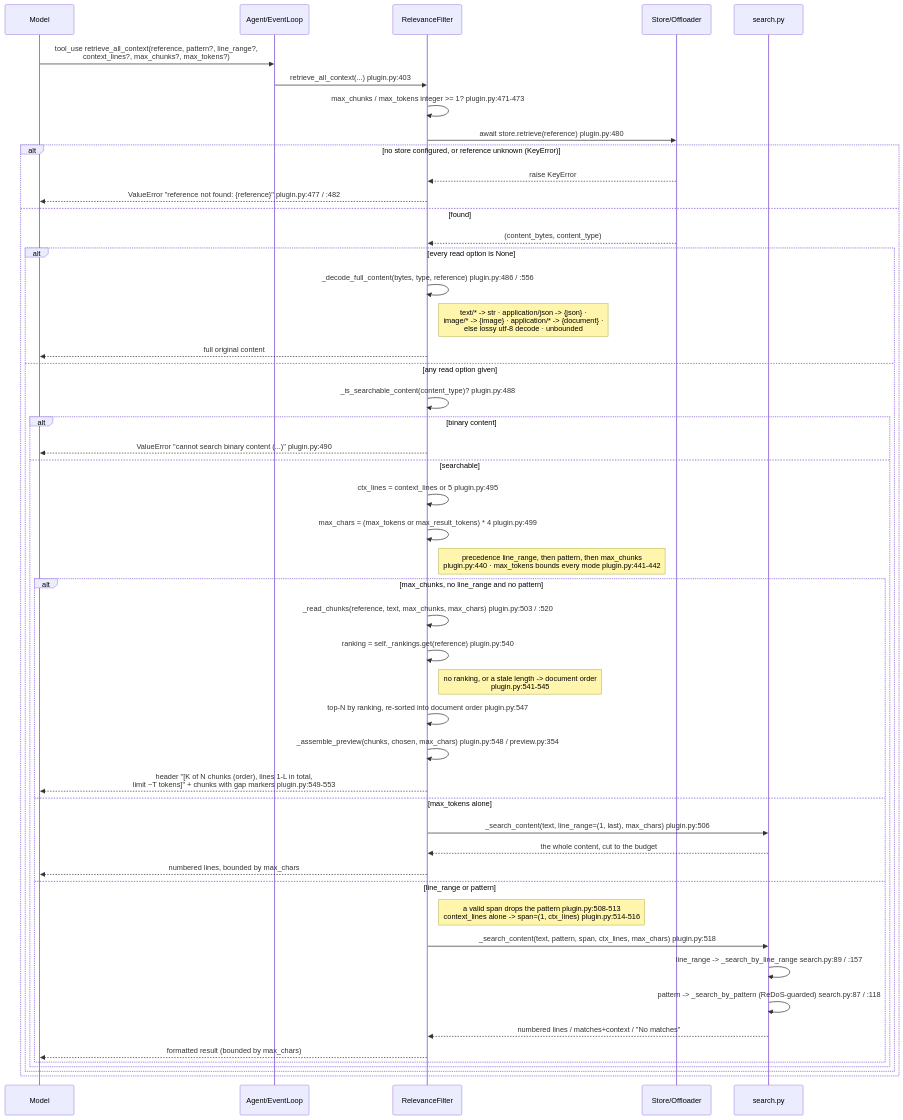
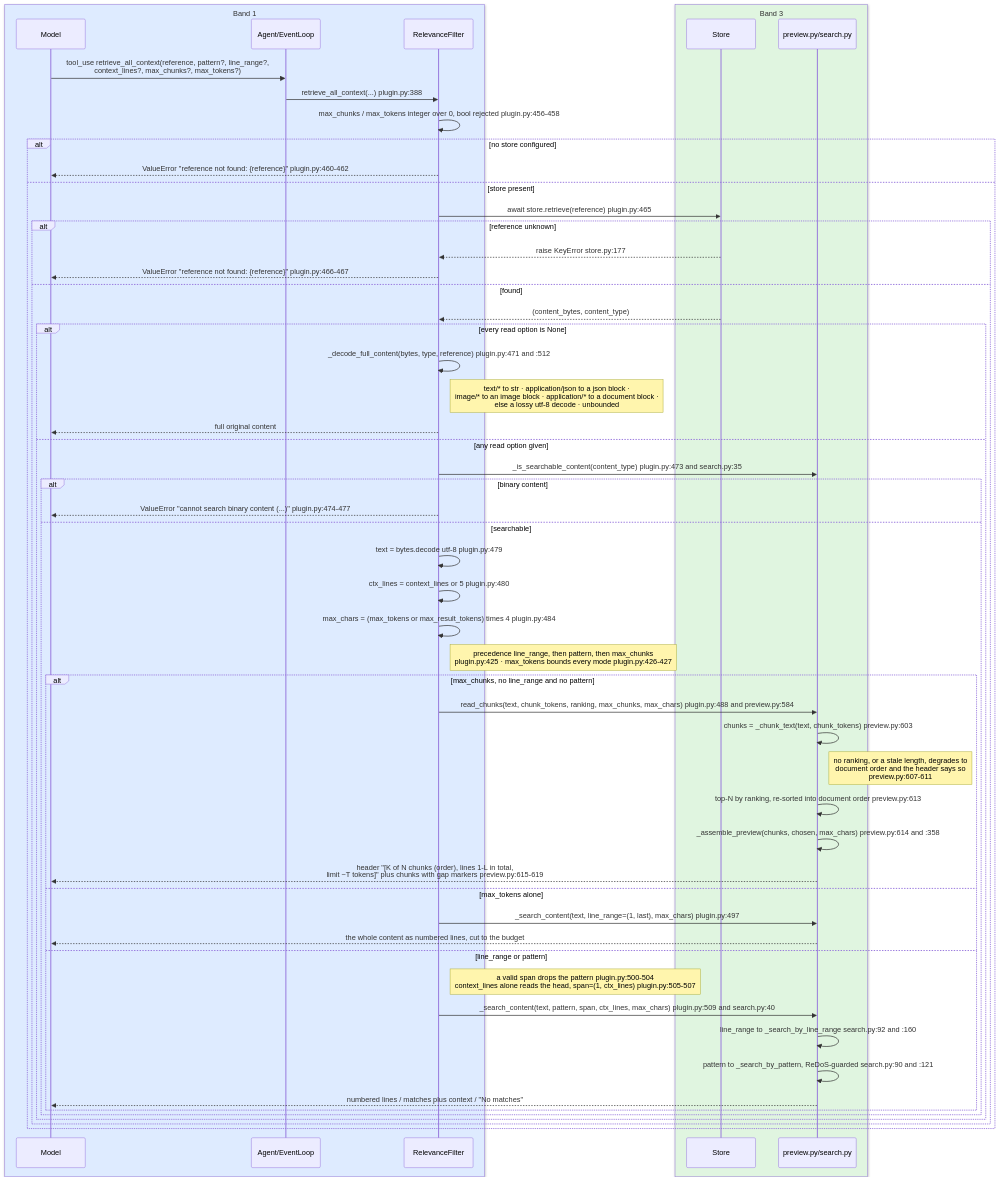
One commit to aws-samples/sample-context-engineering changed the third of 4 diagrams in docs/design/sequence/sequence-a-relevance-filtering.md. Above: the diagram before and after it, drawn with Mermaid. The commit also changed other lines of this file and 22 other files, not shown here.

````diff
--- a/docs/design/sequence/sequence-a-relevance-filtering.md
+++ b/docs/design/sequence/sequence-a-relevance-filtering.md
@@ -197,53 +289,60 @@
 ```mermaid
 sequenceDiagram
-    participant Model
-    participant Agent as Agent/EventLoop
-    participant RF as RelevanceFilter
-    participant Store as Store/Offloader
-    participant Search as search.py
+    box rgb(222,235,255) Band 1
+        participant Model
+        participant Agent as Agent/EventLoop
+        participant RF as RelevanceFilter
+    end
+    box rgb(224,245,224) Band 3
+        participant Store as Store
+        participant Core as preview.py/search.py
+    end
 
     Model->>Agent: tool_use retrieve_all_context(reference, pattern?, line_range?,<br/>context_lines?, max_chunks?, max_tokens?)
-    Agent->>RF: retrieve_all_context(...)  plugin.py:403
-    RF->>RF: max_chunks / max_tokens integer >= 1?  plugin.py:471-473
-    RF->>Store: await store.retrieve(reference)  plugin.py:480
-    alt no store configured, or reference unknown (KeyError)
-        Store-->>RF: raise KeyError
-        RF-->>Model: ValueError "reference not found: {reference}"  plugin.py:477 / :482
-    else found
-        Store-->>RF: (content_bytes, content_type)
+    Agent->>RF: retrieve_all_context(...)  plugin.py:388
+    RF->>RF: max_chunks / max_tokens integer over 0, bool rejected  plugin.py:456-458
+    alt no store configured
+        RF-->>Model: ValueError "reference not found: {reference}"  plugin.py:460-462
+    else store present
+        RF->>Store: await store.retrieve(reference)  plugin.py:465
+        alt reference unknown
+            Store-->>RF: raise KeyError  store.py:177
+            RF-->>Model: ValueError "reference not found: {reference}"  plugin.py:466-467
+        else found
+            Store-->>RF: (content_bytes, content_type)
 
-        alt every read option is None
-            RF->>RF: _decode_full_content(bytes, type, reference)  plugin.py:486 / :556
-            Note right of RF: text/* -> str · application/json -> {json} ·<br/>image/* -> {image} · application/* -> {document} ·<br/>else lossy utf-8 decode · unbounded
-            RF-->>Model: full original content
-        else any read option given
-            RF->>RF: _is_searchable_content(content_type)?  plugin.py:488
-            alt binary content
-                RF-->>Model: ValueError "cannot search binary content (...)"  plugin.py:490
-            else searchable
-                RF->>RF: ctx_lines = context_lines or 5  plugin.py:495
-                RF->>RF: max_chars = (max_tokens or max_result_tokens) * 4  plugin.py:499
-                Note right of RF: precedence line_range, then pattern, then max_chunks<br/>plugin.py:440 · max_tokens bounds every mode  plugin.py:441-442
-                alt max_chunks, no line_range and no pattern
-                    RF->>RF: _read_chunks(reference, text, max_chunks, max_chars)  plugin.py:503 / :520
-                    RF->>RF: ranking = self._rankings.get(reference)  plugin.py:540
-                    Note right of RF: no ranking, or a stale length -> document order<br/>plugin.py:541-545
-                    RF->>RF: top-N by ranking, re-sorted into document order  plugin.py:547
-                    RF->>RF: _assemble_preview(chunks, chosen, max_chars)  plugin.py:548 / preview.py:354
-                    RF-->>Model: header "[K of N chunks (order), lines 1-L in total,<br/>limit ~T tokens]" + chunks with gap markers  plugin.py:549-553
-                else max_tokens alone
-                    RF->>Search: _search_content(text, line_range=(1, last), max_chars)  plugin.py:506
-                    Search-->>RF: the whole content, cut to the budget
-                    RF-->>Model: numbered lines, bounded by max_chars
-                else line_range or pattern
-                    Note right of RF: a valid span drops the pattern  plugin.py:508-513<br/>context_lines alone -> span=(1, ctx_lines)  plugin.py:514-516
-                    RF->>Search: _search_content(text, pattern, span, ctx_lines, max_chars)  plugin.py:518
-                    Search->>Search: line_range -> _search_by_line_range  search.py:89 / :157
-                    Search->>Search: pattern -> _search_by_pattern (ReDoS-guarded)  search.py:87 / :118
-                    Search-->>RF: numbered lines / matches+context / "No matches"
-                    RF-->>Model: formatted result (bounded by max_chars)
+            alt every read option is None
+                RF->>RF: _decode_full_content(bytes, type, reference)  plugin.py:471 and :512
+                Note right of RF: text/* to str · application/json to a json block ·<br/>image/* to an image block · application/* to a document block ·<br/>else a lossy utf-8 decode · unbounded
+                RF-->>Model: full original content
+            else any read option given
+                RF->>Core: _is_searchable_content(content_type)  plugin.py:473 and search.py:35
+                alt binary content
+                    RF-->>Model: ValueError "cannot search binary content (...)"  plugin.py:474-477
+                else searchable
+                    RF->>RF: text = bytes.decode utf-8  plugin.py:479
+                    RF->>RF: ctx_lines = context_lines or 5  plugin.py:480
+                    RF->>RF: max_chars = (max_tokens or max_result_tokens) times 4  plugin.py:484
+                    Note right of RF: precedence line_range, then pattern, then max_chunks<br/>plugin.py:425 · max_tokens bounds every mode  plugin.py:426-427
+                    alt max_chunks, no line_range and no pattern
+                        RF->>Core: read_chunks(text, chunk_tokens, ranking, max_chunks, max_chars)  plugin.py:488 and preview.py:584
+                        Core->>Core: chunks = _chunk_text(text, chunk_tokens)  preview.py:603
+                        Note right of Core: no ranking, or a stale length, degrades to<br/>document order and the header says so<br/>preview.py:607-611
+                        Core->>Core: top-N by ranking, re-sorted into document order  preview.py:613
+                        Core->>Core: _assemble_preview(chunks, chosen, max_chars)  preview.py:614 and :358
+                        Core-->>Model: header "[K of N chunks (order), lines 1-L in total,<br/>limit ~T tokens]" plus chunks with gap markers  preview.py:615-619
+                    else max_tokens alone
+                        RF->>Core: _search_content(text, line_range=(1, last), max_chars)  plugin.py:497
+                        Core-->>Model: the whole content as numbered lines, cut to the budget
+                    else line_range or pattern
+                        Note right of RF: a valid span drops the pattern  plugin.py:500-504<br/>context_lines alone reads the head, span=(1, ctx_lines)  plugin.py:505-507
+                        RF->>Core: _search_content(text, pattern, span, ctx_lines, max_chars)  plugin.py:509 and search.py:40
+                        Core->>Core: line_range to _search_by_line_range  search.py:92 and :160
+                        Core->>Core: pattern to _search_by_pattern, ReDoS-guarded  search.py:90 and :121
+                        Core-->>Model: numbered lines / matches plus context / "No matches"
+                    end
                 end
             end
         end
     end
 ```
````
